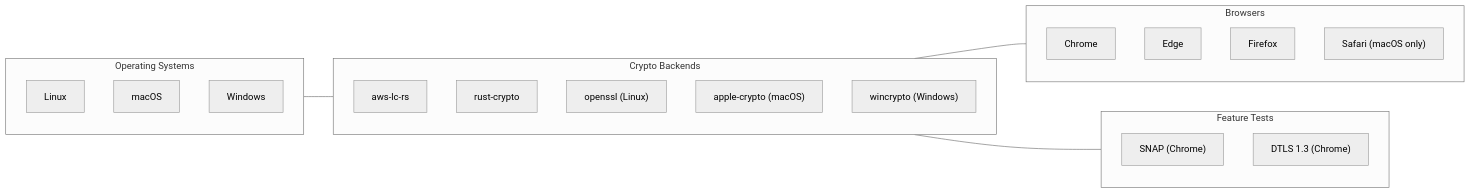
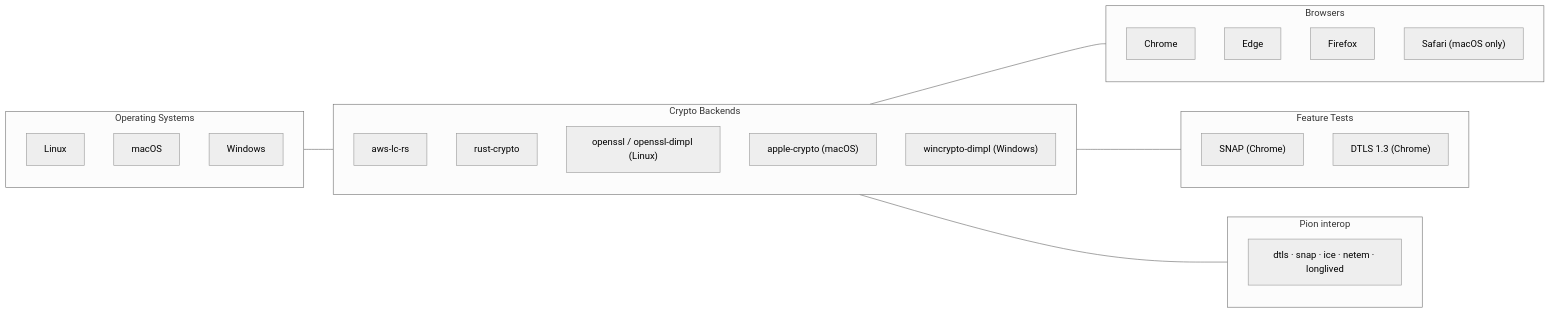
The ninth of 10 diagrams in README.md (xnorpx/str0m_browser_integration_tests), drawn with Mermaid (neutral theme) before and after one commit. The commit also changed other lines of this file and 26 other files, not shown here.

````diff
--- a/README.md
+++ b/README.md
@@ -319,32 +402,37 @@
 ```mermaid
 graph LR
     subgraph OS["Operating Systems"]
         Linux
         macOS
         Windows
     end
 
     subgraph Crypto["Crypto Backends"]
         aws["aws-lc-rs"]
         rust["rust-crypto"]
-        ossl["openssl (Linux)"]
+        ossl["openssl / openssl-dimpl (Linux)"]
         apple["apple-crypto (macOS)"]
-        win["wincrypto (Windows)"]
+        win["wincrypto-dimpl (Windows)"]
     end
 
     subgraph Browsers["Browsers"]
         Chrome
         Edge
         Firefox
         Safari["Safari (macOS only)"]
     end
 
     subgraph Features["Feature Tests"]
         SNAP["SNAP (Chrome)"]
         DTLS13["DTLS 1.3 (Chrome)"]
     end
 
+    subgraph PionInterop["Pion interop"]
+        PionMatrix["dtls · snap · ice · netem · longlived"]
+    end
+
     OS --- Crypto
     Crypto --- Browsers
     Crypto --- Features
+    Crypto --- PionInterop
 ```
````
